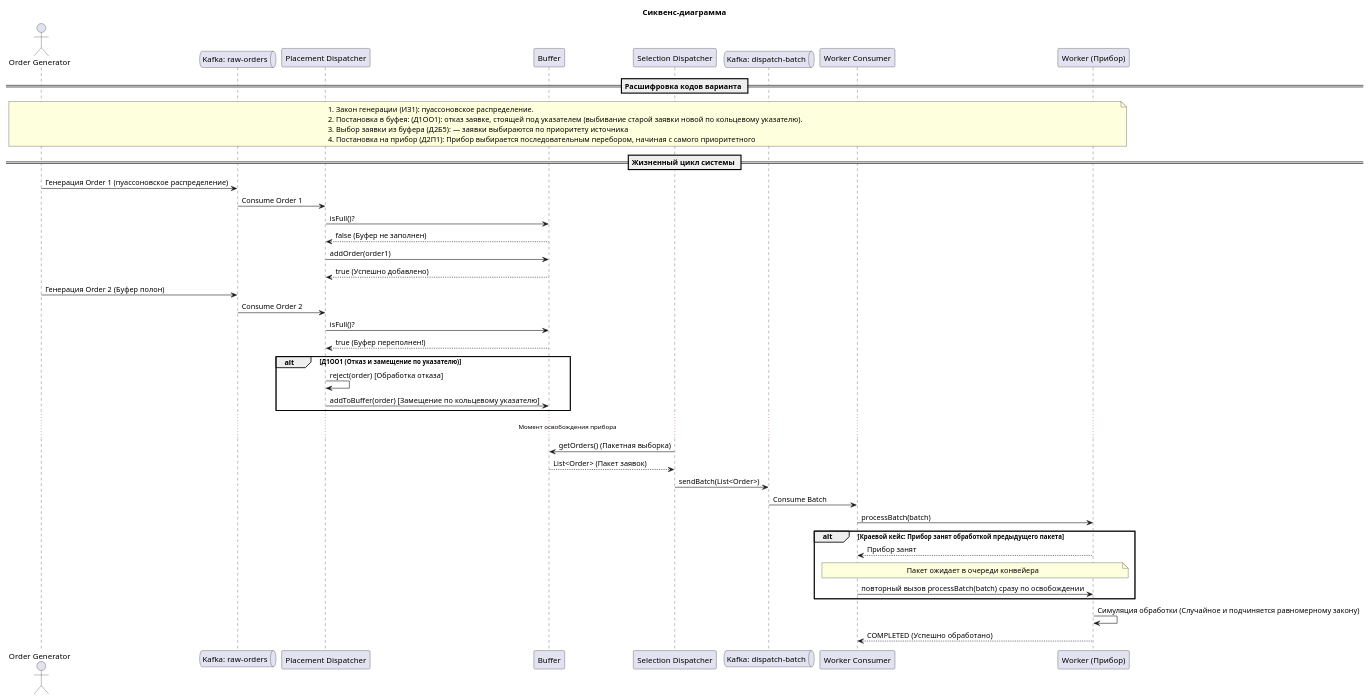
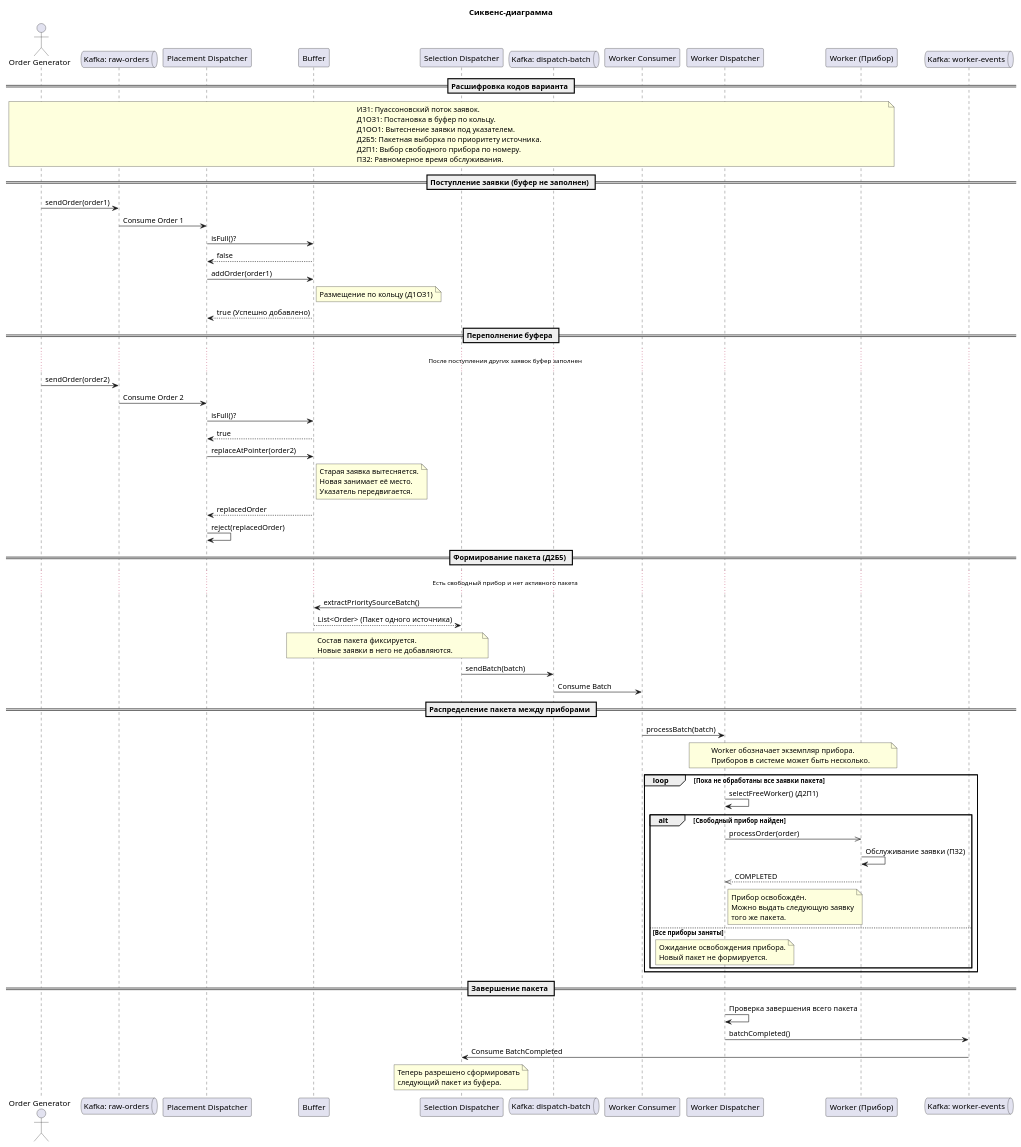
Before and after one commit to Mishaa105/order-delivery-management-center: the diagram in docs/diagrams/sequence/sequence.puml, drawn with PlantUML. The commit also changed other lines of this file and 1 other file, not shown here.

Commit message:
fix sequence diagram

```diff
--- a/docs/diagrams/sequence/sequence.puml
+++ b/docs/diagrams/sequence/sequence.puml
@@ -1,55 +2,115 @@
 @startuml
 
 title Сиквенс-диаграмма
 
 actor Generator as "Order Generator"
 queue "Kafka: raw-orders" as RawQueue
 participant PlacementDispatcher as "Placement Dispatcher"
 participant Buffer as "Buffer"
 participant SelectionDispatcher as "Selection Dispatcher"
 queue "Kafka: dispatch-batch" as BatchQueue
 participant OrderBatchKafkaConsumer as "Worker Consumer"
+participant WorkerDispatcher as "Worker Dispatcher"
 participant Worker as "Worker (Прибор)"
+queue "Kafka: worker-events" as EventsQueue
 
 == Расшифровка кодов варианта ==
+
 note over Generator, Worker
-  1. Закон генерации (ИЗ1): пуассоновское распределение.
-  2. Постановка в буфея: (Д1ОО1): отказ заявке, стоящей под указателем (выбивание старой заявки новой по кольцевому указателю).
-  3. Выбор заявки из буфера (Д2Б5):  — заявки выбираются по приоритету источника
-  4. Постановка на прибор (Д2П1): Прибор выбирается последовательным перебором, начиная с самого приоритетного
+  ИЗ1: Пуассоновский поток заявок.
+  Д1ОЗ1: Постановка в буфер по кольцу.
+  Д1ОО1: Вытеснение заявки под указателем.
+  Д2Б5: Пакетная выборка по приоритету источника.
+  Д2П1: Выбор свободного прибора по номеру.
+  ПЗ2: Равномерное время обслуживания.
 end note
 
-== Жизненный цикл системы ==
+== Поступление заявки (буфер не заполнен) ==
 
-Generator -> RawQueue: Генерация Order 1 (пуассоновское распределение)
+Generator -> RawQueue: sendOrder(order1)
 RawQueue -> PlacementDispatcher: Consume Order 1
+
 PlacementDispatcher -> Buffer: isFull()?
-Buffer --> PlacementDispatcher: false (Буфер не заполнен)
+Buffer --> PlacementDispatcher: false
+
 PlacementDispatcher -> Buffer: addOrder(order1)
+note right of Buffer
+  Размещение по кольцу (Д1ОЗ1)
+end note
 Buffer --> PlacementDispatcher: true (Успешно добавлено)
 
-Generator -> RawQueue: Генерация Order 2 (Буфер полон)
+== Переполнение буфера ==
+
+... После поступления других заявок буфер заполнен ...
+
+Generator -> RawQueue: sendOrder(order2)
 RawQueue -> PlacementDispatcher: Consume Order 2
+
 PlacementDispatcher -> Buffer: isFull()?
-Buffer --> PlacementDispatcher: true (Буфер переполнен!)
-alt Д1ОО1 (Отказ и замещение по указателю)
-    PlacementDispatcher -> PlacementDispatcher: reject(order) [Обработка отказа]
-    PlacementDispatcher -> Buffer: addToBuffer(order) [Замещение по кольцевому указателю]
+Buffer --> PlacementDispatcher: true
+
+PlacementDispatcher -> Buffer: replaceAtPointer(order2)
+note right of Buffer
+  Старая заявка вытесняется.
+  Новая занимает её место.
+  Указатель передвигается.
+end note
+Buffer --> PlacementDispatcher: replacedOrder
+PlacementDispatcher -> PlacementDispatcher: reject(replacedOrder)
+
+== Формирование пакета (Д2Б5) ==
+
+... Есть свободный прибор и нет активного пакета ...
+
+SelectionDispatcher -> Buffer: extractPrioritySourceBatch()
+Buffer --> SelectionDispatcher: List<Order> (Пакет одного источника)
+
+note over SelectionDispatcher, Buffer
+  Состав пакета фиксируется.
+  Новые заявки в него не добавляются.
+end note
+
+SelectionDispatcher -> BatchQueue: sendBatch(batch)
+BatchQueue -> OrderBatchKafkaConsumer: Consume Batch
+
+== Распределение пакета между приборами ==
+
+OrderBatchKafkaConsumer -> WorkerDispatcher: processBatch(batch)
+
+note over WorkerDispatcher, Worker
+  Worker обозначает экземпляр прибора.
+  Приборов в системе может быть несколько.
+end note
+
+loop Пока не обработаны все заявки пакета
+    WorkerDispatcher -> WorkerDispatcher: selectFreeWorker() (Д2П1)
+
+    alt Свободный прибор найден
+        WorkerDispatcher ->> Worker: processOrder(order)
+        Worker -> Worker: Обслуживание заявки (ПЗ2)
+        Worker -->> WorkerDispatcher: COMPLETED
+        note right of WorkerDispatcher
+          Прибор освобождён.
+          Можно выдать следующую заявку
+          того же пакета.
+        end note
+    else Все приборы заняты
+        note over WorkerDispatcher
+          Ожидание освобождения прибора.
+          Новый пакет не формируется.
+        end note
+    end
 end
 
-... Момент освобождения прибора ...
-SelectionDispatcher -> Buffer: getOrders() (Пакетная выборка)
-Buffer --> SelectionDispatcher: List<Order> (Пакет заявок)
-SelectionDispatcher -> BatchQueue: sendBatch(List<Order>)
-BatchQueue -> OrderBatchKafkaConsumer: Consume Batch
+== Завершение пакета ==
 
-OrderBatchKafkaConsumer -> Worker: processBatch(batch)
-alt Краевой кейс: Прибор занят обработкой предыдущего пакета
-    Worker --> OrderBatchKafkaConsumer: Прибор занят
-    Note over OrderBatchKafkaConsumer, Worker: Пакет ожидает в очереди конвейера
-    OrderBatchKafkaConsumer -> Worker: повторный вызов processBatch(batch) сразу по освобождении
-end
+WorkerDispatcher -> WorkerDispatcher: Проверка завершения всего пакета
+WorkerDispatcher -> EventsQueue: batchCompleted()
+EventsQueue -> SelectionDispatcher: Consume BatchCompleted
 
-Worker -> Worker: Симуляция обработки (Cлучайное и подчиняется равномерному закону)
-Worker --> OrderBatchKafkaConsumer: COMPLETED (Успешно обработано)
+note over SelectionDispatcher
+  Теперь разрешено сформировать
+  следующий пакет из буфера.
+end note
+
 @enduml
```
